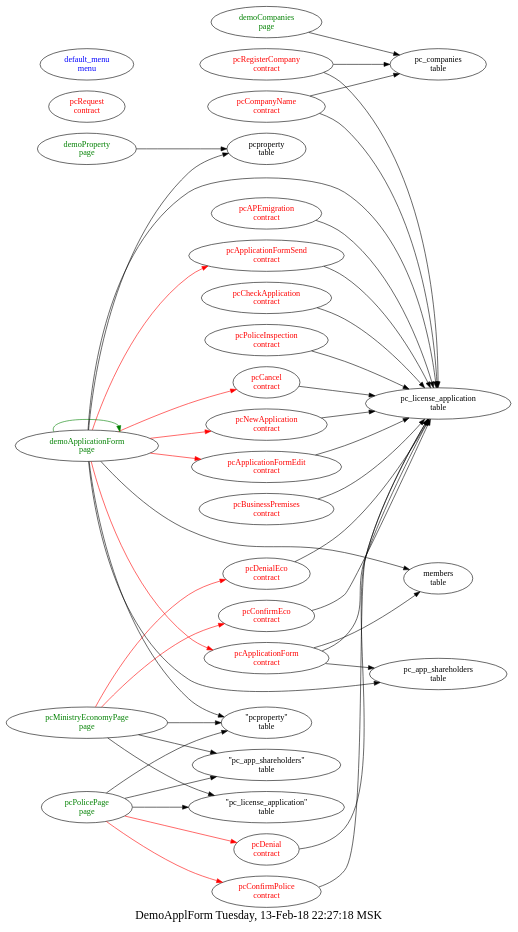
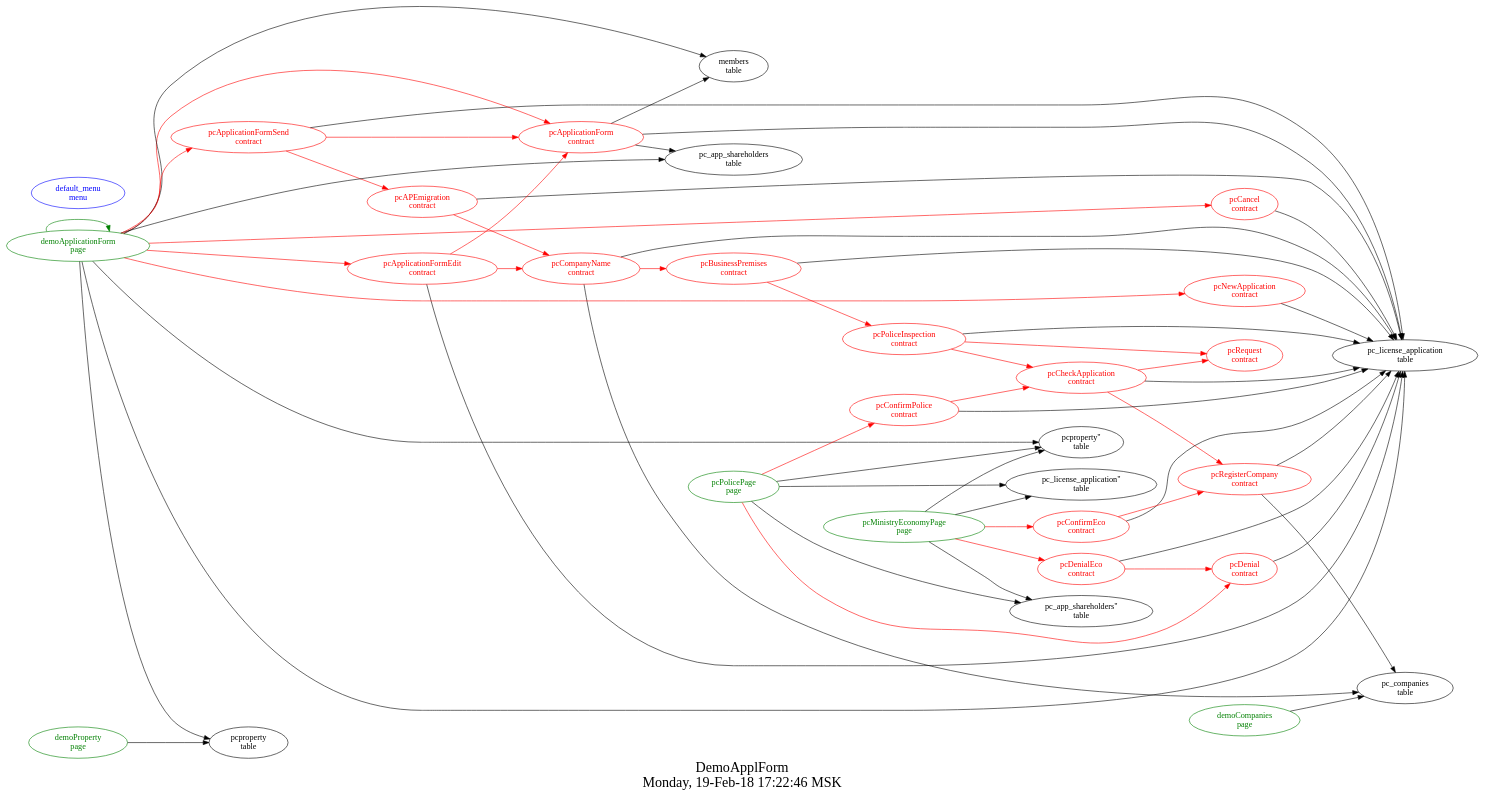
Before and after one commit to AplaProject/apps: the diagram in src/DemoApplForm/struct.dot, drawn with Graphviz. The commit also changed 11 other files, not shown here.

```diff
--- a/src/DemoApplForm/struct.dot
+++ b/src/DemoApplForm/struct.dot
@@ -1,73 +1,87 @@
 digraph G {
-fontsize="20.0";
-label="DemoApplForm Tuesday, 13-Feb-18 22:27:18 MSK";
+fontsize="24.0";
+label="DemoApplForm\nMonday, 19-Feb-18 17:22:46 MSK";
 rankdir=LR;
-"pcRegisterCompany\ncontract" -> "pc_license_application\ntable"
-"pcRegisterCompany\ncontract" -> "pc_companies\ntable"
-"pcRegisterCompany\ncontract" [fontcolor=red, group=contracts];
-"pcRequest\ncontract" [fontcolor=red, group=contracts];
-"pcCheckApplication\ncontract" -> "pc_license_application\ntable"
-"pcCheckApplication\ncontract" [fontcolor=red, group=contracts];
-"pcPoliceInspection\ncontract" -> "pc_license_application\ntable"
-"pcPoliceInspection\ncontract" [fontcolor=red, group=contracts];
-"pcBusinessPremises\ncontract" -> "pc_license_application\ntable"
-"pcBusinessPremises\ncontract" [fontcolor=red, group=contracts];
-"pcCompanyName\ncontract" -> "pc_license_application\ntable"
-"pcCompanyName\ncontract" -> "pc_companies\ntable"
-"pcCompanyName\ncontract" [fontcolor=red, group=contracts];
-"pcAPEmigration\ncontract" -> "pc_license_application\ntable"
-"pcAPEmigration\ncontract" [fontcolor=red, group=contracts];
-"pcApplicationFormSend\ncontract" -> "pc_license_application\ntable"
-"pcApplicationFormSend\ncontract" [fontcolor=red, group=contracts];
-"pcCancel\ncontract" -> "pc_license_application\ntable"
-"pcCancel\ncontract" [fontcolor=red, group=contracts];
-"pcDenial\ncontract" -> "pc_license_application\ntable"
-"pcDenial\ncontract" [fontcolor=red, group=contracts];
-"pcConfirmPolice\ncontract" -> "pc_license_application\ntable"
-"pcConfirmPolice\ncontract" [fontcolor=red, group=contracts];
-"pcDenialEco\ncontract" -> "pc_license_application\ntable"
-"pcDenialEco\ncontract" [fontcolor=red, group=contracts];
-"pcConfirmEco\ncontract" -> "pc_license_application\ntable"
-"pcConfirmEco\ncontract" [fontcolor=red, group=contracts];
-"pcApplicationForm\ncontract" -> "members\ntable"
-"pcApplicationForm\ncontract" -> "pc_license_application\ntable"
-"pcApplicationForm\ncontract" -> "pc_app_shareholders\ntable"
-"pcApplicationForm\ncontract" [fontcolor=red, group=contracts];
-"pcNewApplication\ncontract" -> "pc_license_application\ntable"
-"pcNewApplication\ncontract" [fontcolor=red, group=contracts];
-"pcApplicationFormEdit\ncontract" -> "pc_license_application\ntable"
-"pcApplicationFormEdit\ncontract" [fontcolor=red, group=contracts];
-"default_menu\nmenu" [fontcolor=blue, group=menus];
-"pcMinistryEconomyPage\npage" -> "pcDenialEco\ncontract"  [ color=red ]
-"pcMinistryEconomyPage\npage" -> "pcConfirmEco\ncontract"  [ color=red ]
-"pcMinistryEconomyPage\npage" -> "\"pc_license_application\"\ntable"
-"pcMinistryEconomyPage\npage" -> "\"pcproperty\"\ntable"
-"pcMinistryEconomyPage\npage" -> "\"pc_app_shareholders\"\ntable"
-"pcMinistryEconomyPage\npage" [fontcolor=green, group=pages];
-"pcPolicePage\npage" -> "pcDenial\ncontract"  [ color=red ]
-"pcPolicePage\npage" -> "pcConfirmPolice\ncontract"  [ color=red ]
-"pcPolicePage\npage" -> "\"pc_license_application\"\ntable"
-"pcPolicePage\npage" -> "\"pcproperty\"\ntable"
-"pcPolicePage\npage" -> "\"pc_app_shareholders\"\ntable"
-"pcPolicePage\npage" [fontcolor=green, group=pages];
+"pcAPEmigration\ncontract" -> "pcCompanyName\ncontract"  [ color=red ]
+"pcAPEmigration\ncontract" -> "pc_license_application\ntable"  [ color="" ]
+"pcAPEmigration\ncontract" [color=red, fontcolor=red, group=ap];
+"pcApplicationForm\ncontract" -> "members\ntable"  [ color="" ]
+"pcApplicationForm\ncontract" -> "pc_license_application\ntable"  [ color="" ]
+"pcApplicationForm\ncontract" -> "pc_app_shareholders\ntable"  [ color="" ]
+"pcApplicationForm\ncontract" [color=red, fontcolor=red, group=pc];
+"pcApplicationFormEdit\ncontract" -> "pcApplicationForm\ncontract"  [ color=red ]
+"pcApplicationFormEdit\ncontract" -> "pcCompanyName\ncontract"  [ color=red ]
+"pcApplicationFormEdit\ncontract" -> "pc_license_application\ntable"  [ color="" ]
+"pcApplicationFormEdit\ncontract" [color=red, fontcolor=red, group=pc];
+"pcApplicationFormSend\ncontract" -> "pcAPEmigration\ncontract"  [ color=red ]
+"pcApplicationFormSend\ncontract" -> "pcApplicationForm\ncontract"  [ color=red ]
+"pcApplicationFormSend\ncontract" -> "pc_license_application\ntable"  [ color="" ]
+"pcApplicationFormSend\ncontract" [color=red, fontcolor=red, group=pc];
+"pcBusinessPremises\ncontract" -> "pcPoliceInspection\ncontract"  [ color=red ]
+"pcBusinessPremises\ncontract" -> "pc_license_application\ntable"  [ color="" ]
+"pcBusinessPremises\ncontract" [color=red, fontcolor=red, group=pc];
+"pcCancel\ncontract" -> "pc_license_application\ntable"  [ color="" ]
+"pcCancel\ncontract" [color=red, fontcolor=red, group=pc];
+"pcCheckApplication\ncontract" -> "pcRegisterCompany\ncontract"  [ color=red ]
+"pcCheckApplication\ncontract" -> "pcRequest\ncontract"  [ color=red ]
+"pcCheckApplication\ncontract" -> "pc_license_application\ntable"  [ color="" ]
+"pcCheckApplication\ncontract" [color=red, fontcolor=red, group=pc];
+"pcCompanyName\ncontract" -> "pcBusinessPremises\ncontract"  [ color=red ]
+"pcCompanyName\ncontract" -> "pc_license_application\ntable"  [ color="" ]
+"pcCompanyName\ncontract" -> "pc_companies\ntable"  [ color="" ]
+"pcCompanyName\ncontract" [color=red, fontcolor=red, group=pc];
+"pcConfirmEco\ncontract" -> "pcRegisterCompany\ncontract"  [ color=red ]
+"pcConfirmEco\ncontract" -> "pc_license_application\ntable"  [ color="" ]
+"pcConfirmEco\ncontract" [color=red, fontcolor=red, group=pc];
+"pcConfirmPolice\ncontract" -> "pcCheckApplication\ncontract"  [ color=red ]
+"pcConfirmPolice\ncontract" -> "pc_license_application\ntable"  [ color="" ]
+"pcConfirmPolice\ncontract" [color=red, fontcolor=red, group=pc];
+"pcDenial\ncontract" -> "pc_license_application\ntable"  [ color="" ]
+"pcDenial\ncontract" [color=red, fontcolor=red, group=pc];
+"pcDenialEco\ncontract" -> "pcDenial\ncontract"  [ color=red ]
+"pcDenialEco\ncontract" -> "pc_license_application\ntable"  [ color="" ]
+"pcDenialEco\ncontract" [color=red, fontcolor=red, group=pc];
+"pcNewApplication\ncontract" -> "pc_license_application\ntable"  [ color="" ]
+"pcNewApplication\ncontract" [color=red, fontcolor=red, group=pc];
+"pcPoliceInspection\ncontract" -> "pcCheckApplication\ncontract"  [ color=red ]
+"pcPoliceInspection\ncontract" -> "pcRequest\ncontract"  [ color=red ]
+"pcPoliceInspection\ncontract" -> "pc_license_application\ntable"  [ color="" ]
+"pcPoliceInspection\ncontract" [color=red, fontcolor=red, group=pc];
+"pcRegisterCompany\ncontract" -> "pc_license_application\ntable"  [ color="" ]
+"pcRegisterCompany\ncontract" -> "pc_companies\ntable"  [ color="" ]
+"pcRegisterCompany\ncontract" [color=red, fontcolor=red, group=pc];
+"pcRequest\ncontract" [color=red, fontcolor=red, group=pc];
+"default_menu\nmenu" [color=blue, fontcolor=blue, group=default];
 "demoApplicationForm\npage" -> "pcApplicationFormEdit\ncontract"  [ color=red ]
 "demoApplicationForm\npage" -> "pcNewApplication\ncontract"  [ color=red ]
 "demoApplicationForm\npage" -> "pcApplicationFormSend\ncontract"  [ color=red ]
 "demoApplicationForm\npage" -> "pcApplicationForm\ncontract"  [ color=red ]
 "demoApplicationForm\npage" -> "pcCancel\ncontract"  [ color=red ]
-"demoApplicationForm\npage" -> "members\ntable"
-"demoApplicationForm\npage" -> "pc_license_application\ntable"
-"demoApplicationForm\npage" -> "pc_app_shareholders\ntable"
-"demoApplicationForm\npage" -> "\"pcproperty\"\ntable"
-"demoApplicationForm\npage" -> "pcproperty\ntable"
+"demoApplicationForm\npage" -> "members\ntable"  [ color="" ]
+"demoApplicationForm\npage" -> "pc_license_application\ntable"  [ color="" ]
+"demoApplicationForm\npage" -> "pc_app_shareholders\ntable"  [ color="" ]
+"demoApplicationForm\npage" -> "pcproperty\"\ntable"  [ color="" ]
+"demoApplicationForm\npage" -> "pcproperty\ntable"  [ color="" ]
 "demoApplicationForm\npage" -> "demoApplicationForm\npage"  [ color=green ]
-"demoApplicationForm\npage" [fontcolor=green, group=pages];
-"demoProperty\npage" -> "pcproperty\ntable"
-"demoProperty\npage" [fontcolor=green, group=pages];
-"demoCompanies\npage" -> "pc_companies\ntable"
-"demoCompanies\npage" [fontcolor=green, group=pages];
-"pc_app_shareholders\ntable" [group=tables];
-"pc_companies\ntable" [group=tables];
-"pc_license_application\ntable" [group=tables];
-"pcproperty\ntable" [group=tables];
+"demoApplicationForm\npage" [color=green, fontcolor=green, group=demo];
+"demoCompanies\npage" -> "pc_companies\ntable"  [ color="" ]
+"demoCompanies\npage" [color=green, fontcolor=green, group=demo];
+"demoProperty\npage" -> "pcproperty\ntable"  [ color="" ]
+"demoProperty\npage" [color=green, fontcolor=green, group=demo];
+"pcMinistryEconomyPage\npage" -> "pcDenialEco\ncontract"  [ color=red ]
+"pcMinistryEconomyPage\npage" -> "pcConfirmEco\ncontract"  [ color=red ]
+"pcMinistryEconomyPage\npage" -> "pc_license_application\"\ntable"  [ color="" ]
+"pcMinistryEconomyPage\npage" -> "pcproperty\"\ntable"  [ color="" ]
+"pcMinistryEconomyPage\npage" -> "pc_app_shareholders\"\ntable"  [ color="" ]
+"pcMinistryEconomyPage\npage" [color=green, fontcolor=green, group=pc];
+"pcPolicePage\npage" -> "pcDenial\ncontract"  [ color=red ]
+"pcPolicePage\npage" -> "pcConfirmPolice\ncontract"  [ color=red ]
+"pcPolicePage\npage" -> "pc_license_application\"\ntable"  [ color="" ]
+"pcPolicePage\npage" -> "pcproperty\"\ntable"  [ color="" ]
+"pcPolicePage\npage" -> "pc_app_shareholders\"\ntable"  [ color="" ]
+"pcPolicePage\npage" [color=green, fontcolor=green, group=pc];
+"pc_app_shareholders\ntable" [color="", fontcolor="", group=pc];
+"pc_companies\ntable" [color="", fontcolor="", group=pc];
+"pc_license_application\ntable" [color="", fontcolor="", group=pc];
+"pcproperty\ntable" [color="", fontcolor="", group=basic];
 }
```
